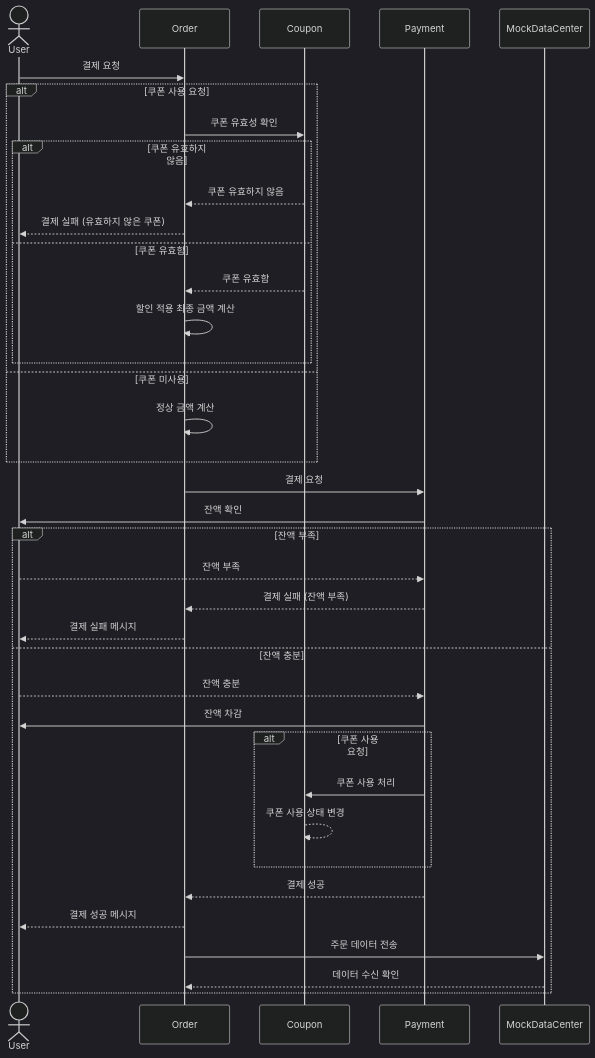
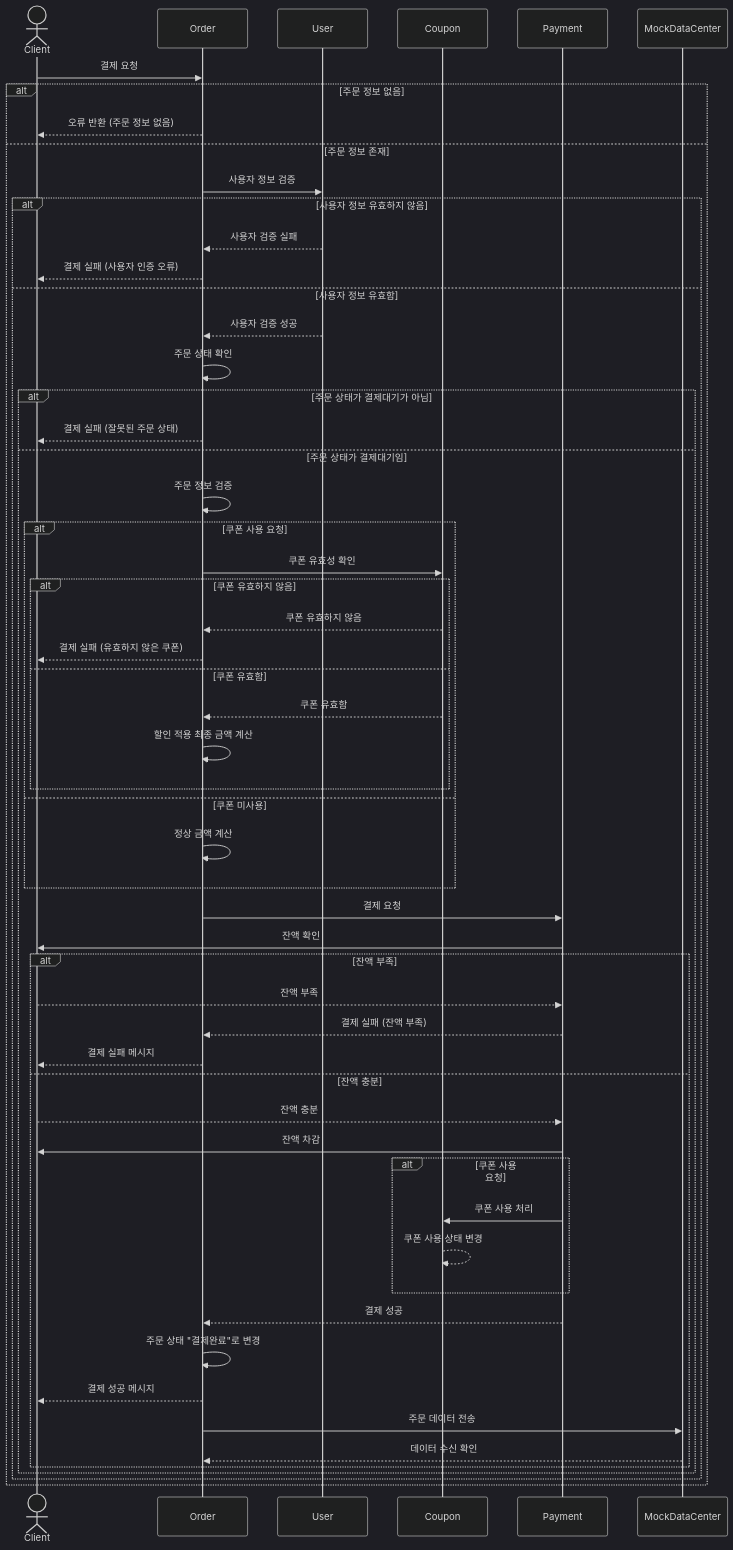
The seventh of 8 diagrams in docs/SequenceDiagram.md (KMGeon/hhplus-e-commerce), drawn with Mermaid (dark theme) before and after one commit. The commit also changed other lines of this file, not shown here.

Commit message:
[DOCS] : 시퀀스 다이어그램

````diff
--- a/docs/SequenceDiagram.md
+++ b/docs/SequenceDiagram.md
@@ -128,47 +268,68 @@
 ```mermaid
 sequenceDiagram
-    
-    actor User
+    actor Client
     participant Order
+    participant UserAuth as User
     participant Coupon
     participant Payment
     participant MockDataCenter
     
-    User->>Order: 결제 요청
+    Client->>Order: 결제 요청
     
-    alt 쿠폰 사용 요청
-        Order->>Coupon: 쿠폰 유효성 확인
-        alt 쿠폰 유효하지 않음
-            Coupon-->>Order: 쿠폰 유효하지 않음
-            Order-->>User: 결제 실패 (유효하지 않은 쿠폰)
-        else 쿠폰 유효함
-            Coupon-->>Order: 쿠폰 유효함
-            Order->>Order: 할인 적용 최종 금액 계산
+    alt 주문 정보 없음
+        Order-->>Client: 오류 반환 (주문 정보 없음)
+    else 주문 정보 존재
+        Order->>UserAuth: 사용자 정보 검증
+        
+        alt 사용자 정보 유효하지 않음
+            UserAuth-->>Order: 사용자 검증 실패
+            Order-->>Client: 결제 실패 (사용자 인증 오류)
+        else 사용자 정보 유효함
+            UserAuth-->>Order: 사용자 검증 성공
+            
+            Order->>Order: 주문 상태 확인
+            
+            alt 주문 상태가 결제대기가 아님
+                Order-->>Client: 결제 실패 (잘못된 주문 상태)
+            else 주문 상태가 결제대기임
+                Order->>Order: 주문 정보 검증
+                
+                alt 쿠폰 사용 요청
+                    Order->>Coupon: 쿠폰 유효성 확인
+                    alt 쿠폰 유효하지 않음
+                        Coupon-->>Order: 쿠폰 유효하지 않음
+                        Order-->>Client: 결제 실패 (유효하지 않은 쿠폰)
+                    else 쿠폰 유효함
+                        Coupon-->>Order: 쿠폰 유효함
+                        Order->>Order: 할인 적용 최종 금액 계산
+                    end
+                else 쿠폰 미사용
+                    Order->>Order: 정상 금액 계산
+                end
+                
+                Order->>Payment: 결제 요청
+                Payment->>Client: 잔액 확인
+                
+                alt 잔액 부족
+                    Client-->>Payment: 잔액 부족
+                    Payment-->>Order: 결제 실패 (잔액 부족)
+                    Order-->>Client: 결제 실패 메시지
+                else 잔액 충분
+                    Client-->>Payment: 잔액 충분
+                    Payment->>Client: 잔액 차감
+                    
+                    alt 쿠폰 사용 요청
+                        Payment->>Coupon: 쿠폰 사용 처리
+                        Coupon-->>Coupon: 쿠폰 사용 상태 변경
+                    end
+                    
+                    Payment-->>Order: 결제 성공
+                    Order->>Order: 주문 상태 "결제완료"로 변경
+                    Order-->>Client: 결제 성공 메시지
+                    Order->>MockDataCenter: 주문 데이터 전송
+                    MockDataCenter-->>Order: 데이터 수신 확인
+                end
+            end
         end
-    else 쿠폰 미사용
-        Order->>Order: 정상 금액 계산
-    end
-    
-    Order->>Payment: 결제 요청
-    Payment->>User: 잔액 확인
-    
-    alt 잔액 부족
-        User-->>Payment: 잔액 부족
-        Payment-->>Order: 결제 실패 (잔액 부족)
-        Order-->>User: 결제 실패 메시지
-    else 잔액 충분
-        User-->>Payment: 잔액 충분
-        Payment->>User: 잔액 차감
-        
-        alt 쿠폰 사용 요청
-            Payment->>Coupon: 쿠폰 사용 처리
-            Coupon-->>Coupon: 쿠폰 사용 상태 변경
-        end
-        
-        Payment-->>Order: 결제 성공
-        Order-->>User: 결제 성공 메시지
-        Order->>MockDataCenter: 주문 데이터 전송
-        MockDataCenter-->>Order: 데이터 수신 확인
-
     end
 ```
````
